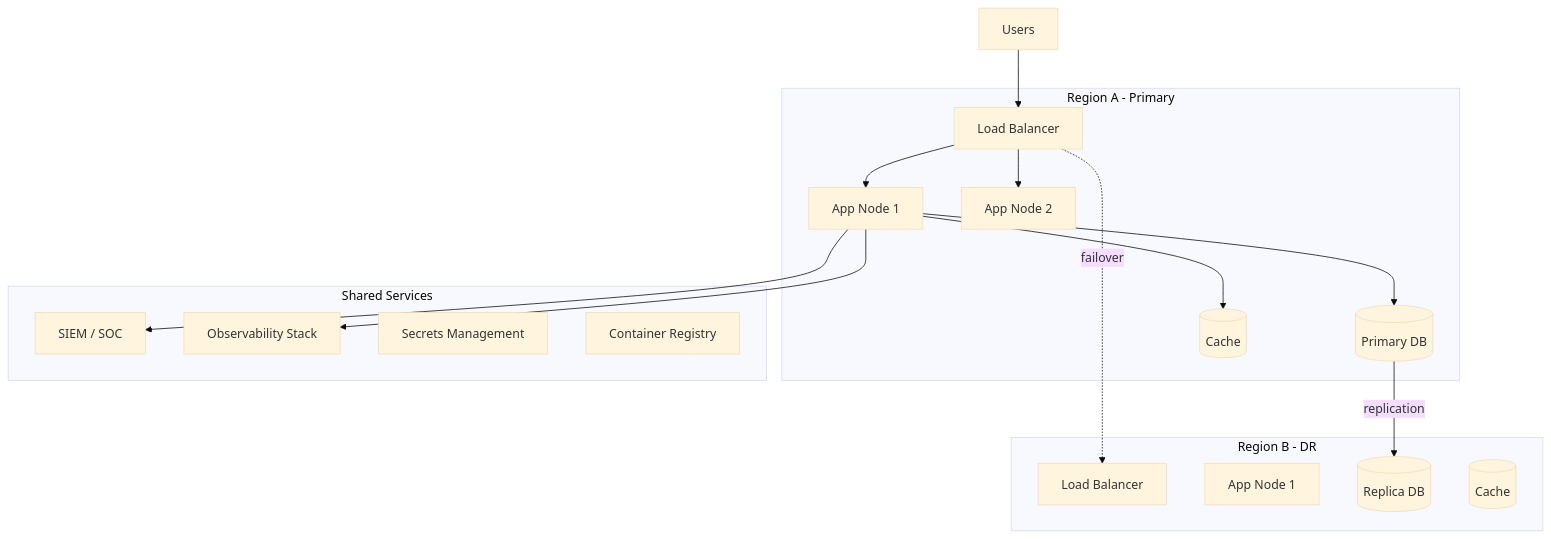
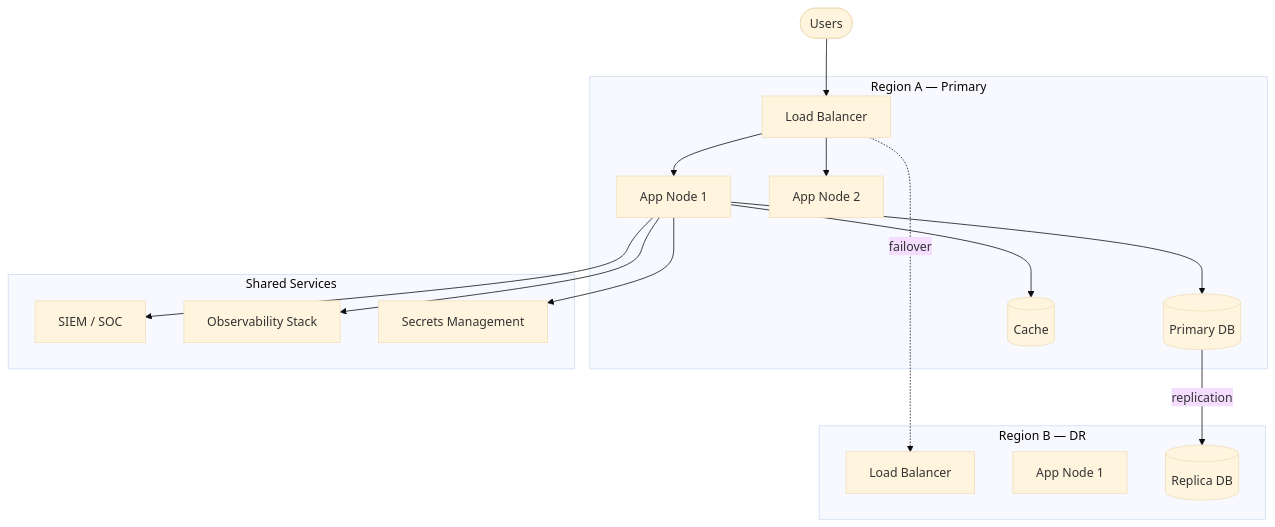
One commit to Mouad2589/digital-identity-architecture-blueprint changed the diagram in docs/operational-view.md. Above: the diagram before and after it, drawn with Mermaid (base theme). The commit also changed 2 other files, not shown here.

Commit message:
Update architecture diagrams to Mermaid flowchart syntax
Converts architecture diagrams from C4 notation to Mermaid flowchart syntax to improve render compatibility and readability. Diagrams are restructured with clearer grouping, human-friendly labels (including emojis), and more explicit relationships and directions so viewers can understand system boundaries and interactions at a glance.

Also standardizes styling across context, module and operational views, clarifies region/zone names, and restores missing service links (e.g., secret management, observability and SIEM connections) to better represent operational concerns and deployment flow.

````diff
--- a/docs/operational-view.md
+++ b/docs/operational-view.md
@@ -16,34 +16,33 @@
 ```mermaid
 flowchart TB
-    subgraph Region A - Primary
-        LB_A[Load Balancer]
-        App_A1[App Node 1]
-        App_A2[App Node 2]
-        DB_A[(Primary DB)]
-        Cache_A[(Cache)]
+    subgraph RegionA["Region A — Primary"]
+        LB_A["Load Balancer"]
+        App_A1["App Node 1"]
+        App_A2["App Node 2"]
+        DB_A[("Primary DB")]
+        Cache_A[("Cache")]
     end
 
-    subgraph Region B - DR
-        LB_B[Load Balancer]
-        App_B1[App Node 1]
-        DB_B[(Replica DB)]
-        Cache_B[(Cache)]
+    subgraph RegionB["Region B — DR"]
+        LB_B["Load Balancer"]
+        App_B1["App Node 1"]
+        DB_B[("Replica DB")]
     end
 
-    subgraph Shared Services
-        SIEM[SIEM / SOC]
-        ObsStack[Observability Stack]
-        SecretMgmt[Secrets Management]
-        Registry[Container Registry]
+    subgraph SharedSvc["Shared Services"]
+        SIEM["SIEM / SOC"]
+        ObsStack["Observability Stack"]
+        SecretMgmt["Secrets Management"]
     end
 
-    Users --> LB_A
+    Users(["Users"]) --> LB_A
     LB_A --> App_A1
     LB_A --> App_A2
     App_A1 --> DB_A
     App_A1 --> Cache_A
-    DB_A -->|replication| DB_B
-    LB_A -.->|failover| LB_B
+    DB_A -->|"replication"| DB_B
+    LB_A -.->|"failover"| LB_B
     App_A1 --> ObsStack
     App_A1 --> SIEM
+    App_A1 --> SecretMgmt
 ```
````
